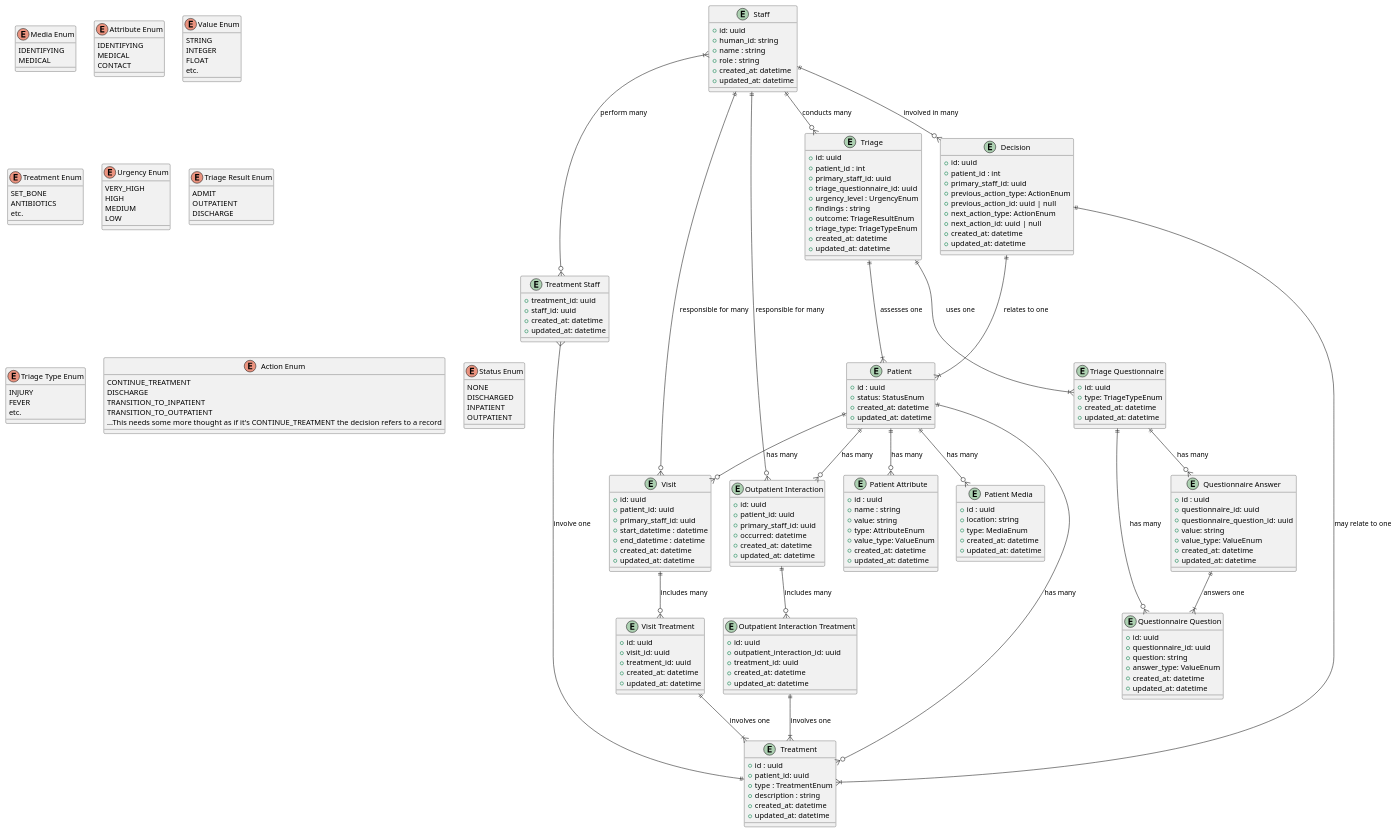
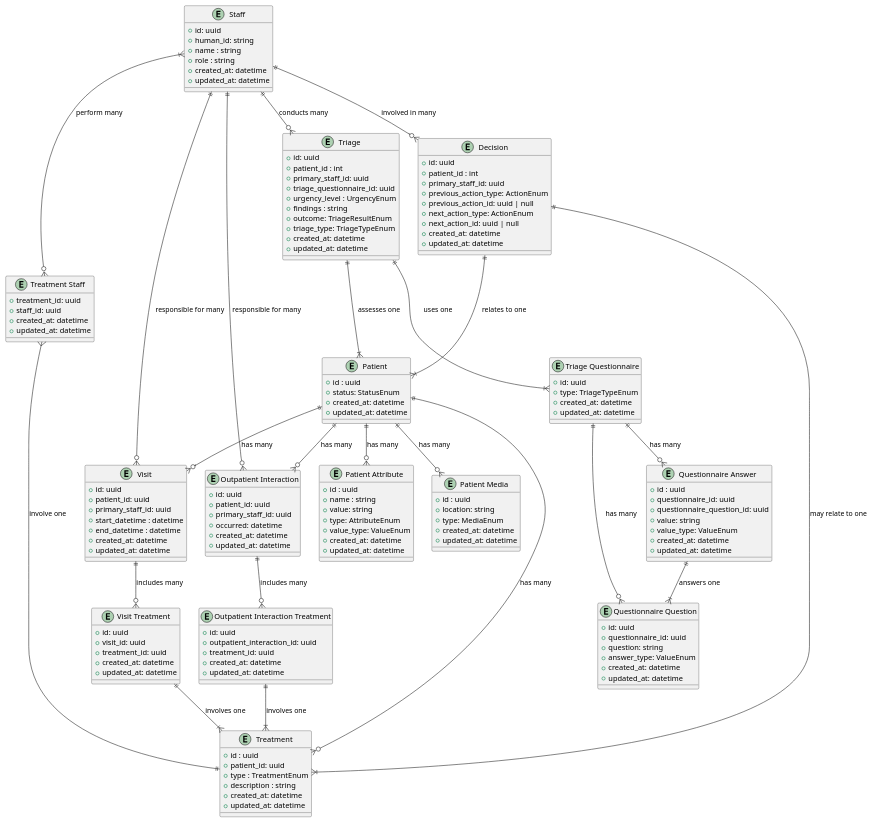
Before and after one commit to jcbashdown/case-study: the diagram in puml/data-entities.puml, drawn with PlantUML. The commit also changed 3 other files, not shown here.

```diff
--- a/puml/data-entities.puml
+++ b/puml/data-entities.puml
@@ -1,53 +1,4 @@
 @startuml
-enum "Media Enum" as MediaEnum {
-  IDENTIFYING
-  MEDICAL
-}
-enum "Attribute Enum" as AttributeEnum {
-  IDENTIFYING
-  MEDICAL
-  CONTACT 
-}
-enum "Value Enum" as ValueEnum {
-  STRING
-  INTEGER
-  FLOAT
-  etc.
-}
-enum "Treatment Enum" as TreatmentEnum {
-  SET_BONE
-  ANTIBIOTICS
-  etc.
-}
-enum "Urgency Enum" as UrgencyEnum {
-  VERY_HIGH
-  HIGH
-  MEDIUM
-  LOW
-}
-enum "Triage Result Enum" as TriageResultEnum {
-  ADMIT
-  OUTPATIENT
-  DISCHARGE
-}
-enum "Triage Type Enum" as TriageTypeEnum {
-  INJURY
-  FEVER
-  etc.
-}
-enum "Action Enum" as ActionEnum {
-  CONTINUE_TREATMENT
-  DISCHARGE
-  TRANSITION_TO_INPATIENT 
-  TRANSITION_TO_OUTPATIENT
-  ...This needs some more thought as if it's CONTINUE_TREATMENT the decision refers to a record
-}
-enum "Status Enum" as StatusEnum {
-  NONE
-  DISCHARGED
-  INPATIENT
-  OUTPATIENT
-}
 
 entity "Patient" as Patient {
     + id : uuid
```
